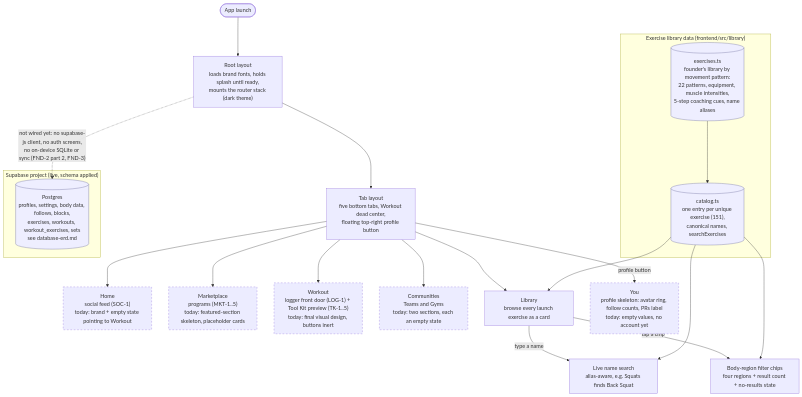
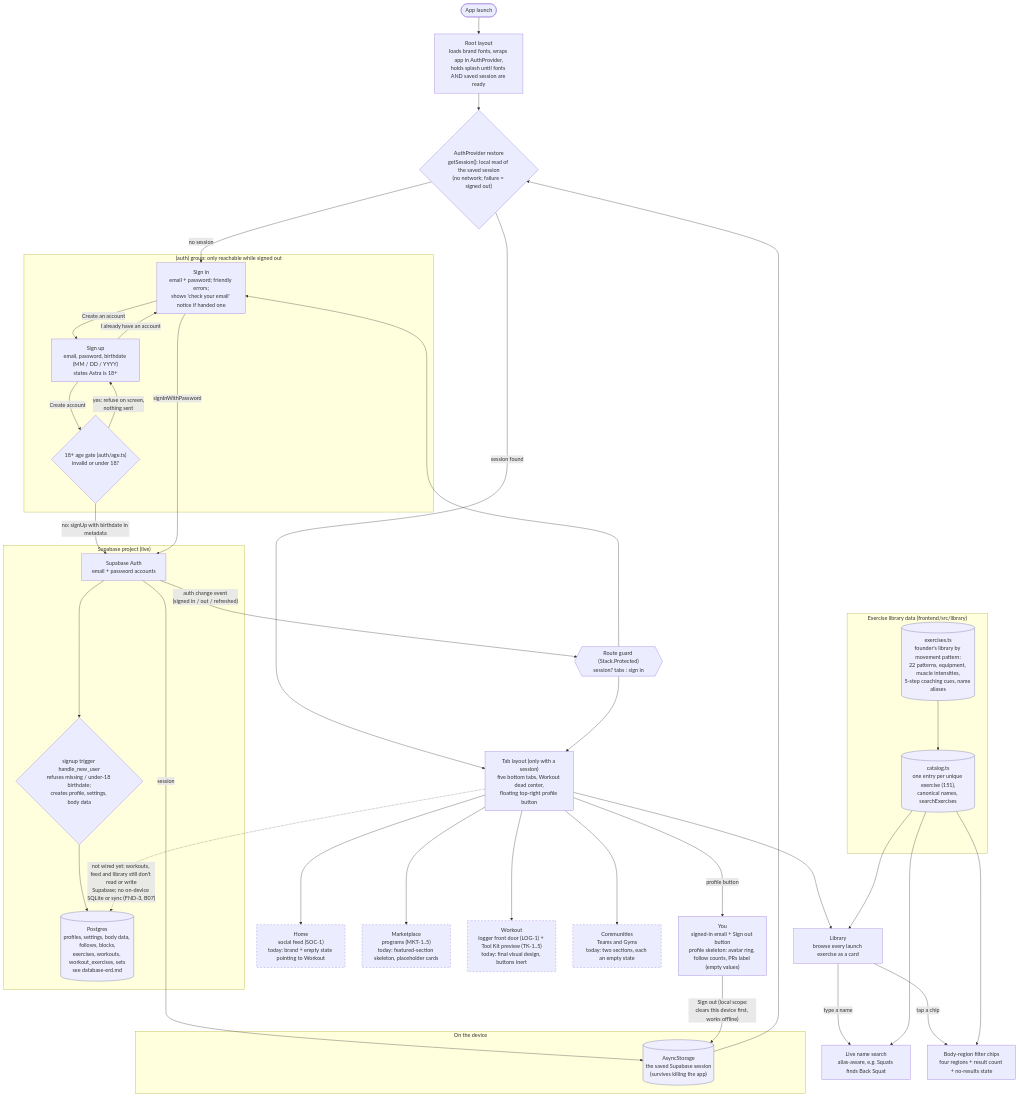
One commit to tuschuk/Astra changed the diagram in docs/diagrams/app-flow.md. Above: the diagram before and after it, drawn with Mermaid. The commit also changed other lines of this file and 39 other files, not shown here.

First line of the commit message:
Build B05: auth and signup

````diff
--- a/docs/diagrams/app-flow.md
+++ b/docs/diagrams/app-flow.md
@@ -11,35 +11,66 @@
 ```mermaid
 flowchart TD
   classDef scaffold stroke-dasharray: 5 5
   classDef data fill:#eef,stroke:#669
 
-  Launch([App launch]) --> Root["Root layout<br/>loads brand fonts, holds splash until ready,<br/>mounts the router stack (dark theme)"]
-  Root --> Tabs["Tab layout<br/>five bottom tabs, Workout dead center,<br/>floating top-right profile button"]
+  Launch([App launch]) --> Root["Root layout<br/>loads brand fonts, wraps app in AuthProvider,<br/>holds splash until fonts AND saved session are ready"]
+  Root --> Restore{"AuthProvider restore<br/>getSession(): local read of the saved session<br/>(no network; failure = signed out)"}
+  Restore -->|session found| Tabs
+  Restore -->|no session| SignIn
+
+  subgraph AuthGroup["(auth) group: only reachable while signed out"]
+    SignIn["Sign in<br/>email + password; friendly errors;<br/>shows 'check your email' notice if handed one"]
+    SignUp["Sign up<br/>email, password, birthdate (MM / DD / YYYY)<br/>states Astra is 18+"]
+    Gate{"18+ age gate (auth/age.ts)<br/>invalid or under 18?"}
+    SignIn -->|Create an account| SignUp
+    SignUp -->|I already have an account| SignIn
+    SignUp -->|Create account| Gate
+    Gate -->|yes: refuse on screen,<br/>nothing sent| SignUp
+  end
+
+  Tabs["Tab layout (only with a session)<br/>five bottom tabs, Workout dead center,<br/>floating top-right profile button"]
 
   Tabs --> Home["Home<br/>social feed (SOC-1)<br/>today: brand + empty state pointing to Workout"]
   Tabs --> Market["Marketplace<br/>programs (MKT-1..5)<br/>today: featured-section skeleton, placeholder cards"]
   Tabs --> Workout["Workout<br/>logger front door (LOG-1) + Tool Kit preview (TK-1..5)<br/>today: final visual design, buttons inert"]
   Tabs --> Communities["Communities<br/>Teams and Gyms<br/>today: two sections, each an empty state"]
   Tabs --> Library["Library<br/>browse every launch exercise as a card"]
-  Tabs -->|profile button| You["You<br/>profile skeleton: avatar ring, follow counts, PRs label<br/>today: empty values, no account yet"]
+  Tabs -->|profile button| You["You<br/>signed-in email + Sign out button<br/>profile skeleton: avatar ring, follow counts, PRs label (empty values)"]
 
   Library -->|type a name| Search["Live name search<br/>alias-aware, e.g. Squats finds Back Squat"]
   Library -->|tap a chip| Filter["Body-region filter chips<br/>four regions + result count + no-results state"]
 
   subgraph LibData["Exercise library data (frontend/src/library)"]
     Seed[("exercises.ts<br/>founder's library by movement pattern:<br/>22 patterns, equipment, muscle intensities,<br/>5-step coaching cues, name aliases")]
     Catalog[("catalog.ts<br/>one entry per unique exercise (151),<br/>canonical names, searchExercises")]
     Seed --> Catalog
   end
   Catalog --> Library
   Catalog --> Search
   Catalog --> Filter
 
-  subgraph Backend["Supabase project (live, schema applied)"]
+  subgraph Device["On the device"]
+    Store[("AsyncStorage<br/>the saved Supabase session<br/>(survives killing the app)")]
+  end
+
+  subgraph Backend["Supabase project (live)"]
+    AuthAPI["Supabase Auth<br/>email + password accounts"]
+    Trigger{"signup trigger handle_new_user<br/>refuses missing / under-18 birthdate;<br/>creates profile, settings, body data"}
     DB[("Postgres<br/>profiles, settings, body data, follows, blocks,<br/>exercises, workouts, workout_exercises, sets<br/>see database-erd.md")]
+    AuthAPI --> Trigger --> DB
   end
-  Root -.->|"not wired yet: no supabase-js client, no auth screens,<br/>no on-device SQLite or sync (FND-2 part 2, FND-3)"| DB
 
-  class Home,Market,Workout,Communities,You scaffold
-  class Seed,Catalog,DB data
+  Gate -->|no: signUp with birthdate in metadata| AuthAPI
+  SignIn -->|signInWithPassword| AuthAPI
+  AuthAPI -->|session| Store
+  Store --> Restore
+  AuthAPI -->|"auth change event<br/>(signed in / out / refreshed)"| Guard{{"Route guard (Stack.Protected)<br/>session? tabs : sign in"}}
+  Guard --> Tabs
+  Guard --> SignIn
+  You -->|"Sign out (local scope:<br/>clears this device first, works offline)"| Store
+
+  Tabs -.->|"not wired yet: workouts, feed and library still don't read or write<br/>Supabase; no on-device SQLite or sync (FND-3, B07)"| DB
+
+  class Home,Market,Workout,Communities scaffold
+  class Seed,Catalog,DB,Store data
 ```
````
